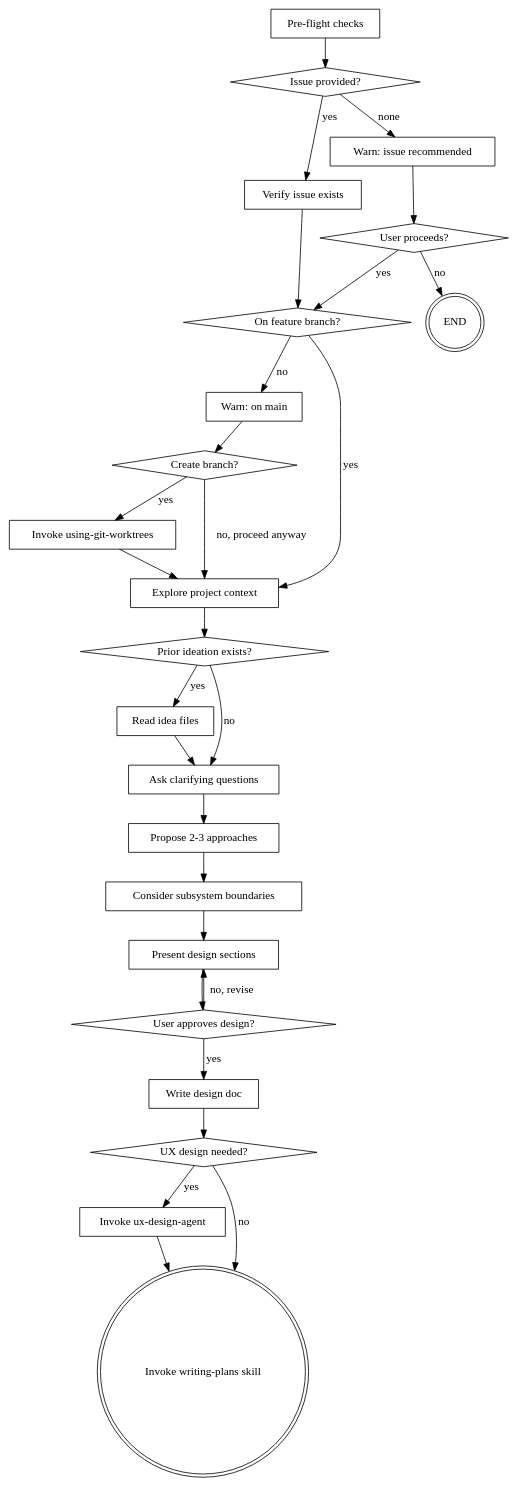
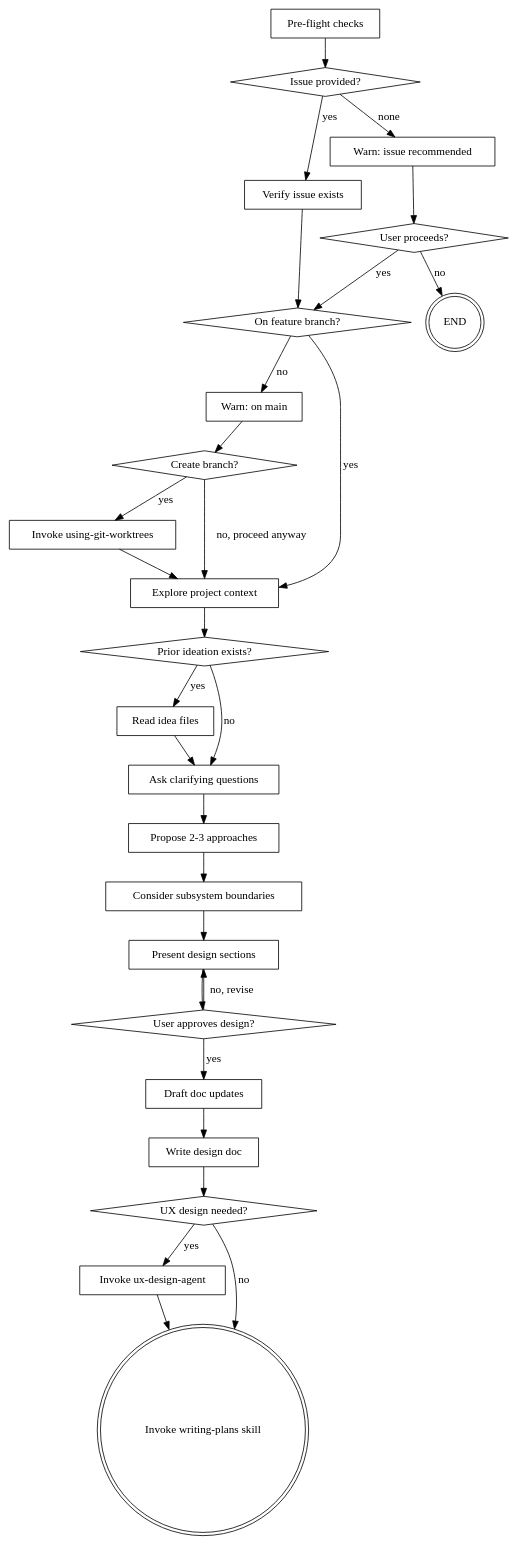
Before and after one commit to stvhay/my-claude-plugins: the diagram in plugins/dev-workflow-toolkit/skills/brainstorming/SKILL.md, drawn with Graphviz. The commit also changed other lines of this file, not shown here.

````diff
--- a/plugins/dev-workflow-toolkit/skills/brainstorming/SKILL.md
+++ b/plugins/dev-workflow-toolkit/skills/brainstorming/SKILL.md
@@ -65,60 +66,62 @@
 ```dot
 digraph brainstorming {
     // Pre-flight: issue check
     "Pre-flight checks" [shape=box];
     "Issue provided?" [shape=diamond];
     "Verify issue exists" [shape=box];
     "Warn: issue recommended" [shape=box];
     "User proceeds?" [shape=diamond];
     "END" [shape=doublecircle];
     "Pre-flight checks" -> "Issue provided?";
     "Issue provided?" -> "Verify issue exists" [label="yes"];
     "Issue provided?" -> "Warn: issue recommended" [label="none"];
     "Verify issue exists" -> "On feature branch?";
     "Warn: issue recommended" -> "User proceeds?";
     "User proceeds?" -> "On feature branch?" [label="yes"];
     "User proceeds?" -> "END" [label="no"];
 
     // Pre-flight: branch check
     "On feature branch?" [shape=diamond];
     "Warn: on main" [shape=box];
     "Create branch?" [shape=diamond];
     "Invoke using-git-worktrees" [shape=box];
     "On feature branch?" -> "Explore project context" [label="yes"];
     "On feature branch?" -> "Warn: on main" [label="no"];
     "Warn: on main" -> "Create branch?";
     "Create branch?" -> "Invoke using-git-worktrees" [label="yes"];
     "Create branch?" -> "Explore project context" [label="no, proceed anyway"];
     "Invoke using-git-worktrees" -> "Explore project context";
 
     // Discovery and design
     "Explore project context" [shape=box];
     "Prior ideation exists?" [shape=diamond];
     "Read idea files" [shape=box];
     "Ask clarifying questions" [shape=box];
     "Propose 2-3 approaches" [shape=box];
     "Consider subsystem boundaries" [shape=box];
     "Present design sections" [shape=box];
     "User approves design?" [shape=diamond];
     "Explore project context" -> "Prior ideation exists?";
     "Prior ideation exists?" -> "Read idea files" [label="yes"];
     "Prior ideation exists?" -> "Ask clarifying questions" [label="no"];
     "Read idea files" -> "Ask clarifying questions";
     "Ask clarifying questions" -> "Propose 2-3 approaches";
     "Propose 2-3 approaches" -> "Consider subsystem boundaries";
     "Consider subsystem boundaries" -> "Present design sections";
     "Present design sections" -> "User approves design?";
     "User approves design?" -> "Present design sections" [label="no, revise"];
-    "User approves design?" -> "Write design doc" [label="yes"];
 
     // Finalization
     "Write design doc" [shape=box];
+    "Draft doc updates" [shape=box];
     "UX design needed?" [shape=diamond];
     "Invoke ux-design-agent" [shape=box];
     "Invoke writing-plans skill" [shape=doublecircle];
+    "User approves design?" -> "Draft doc updates" [label="yes"];
+    "Draft doc updates" -> "Write design doc";
     "Write design doc" -> "UX design needed?";
     "UX design needed?" -> "Invoke ux-design-agent" [label="yes"];
     "UX design needed?" -> "Invoke writing-plans skill" [label="no"];
     "Invoke ux-design-agent" -> "Invoke writing-plans skill";
 }
 ```
````
